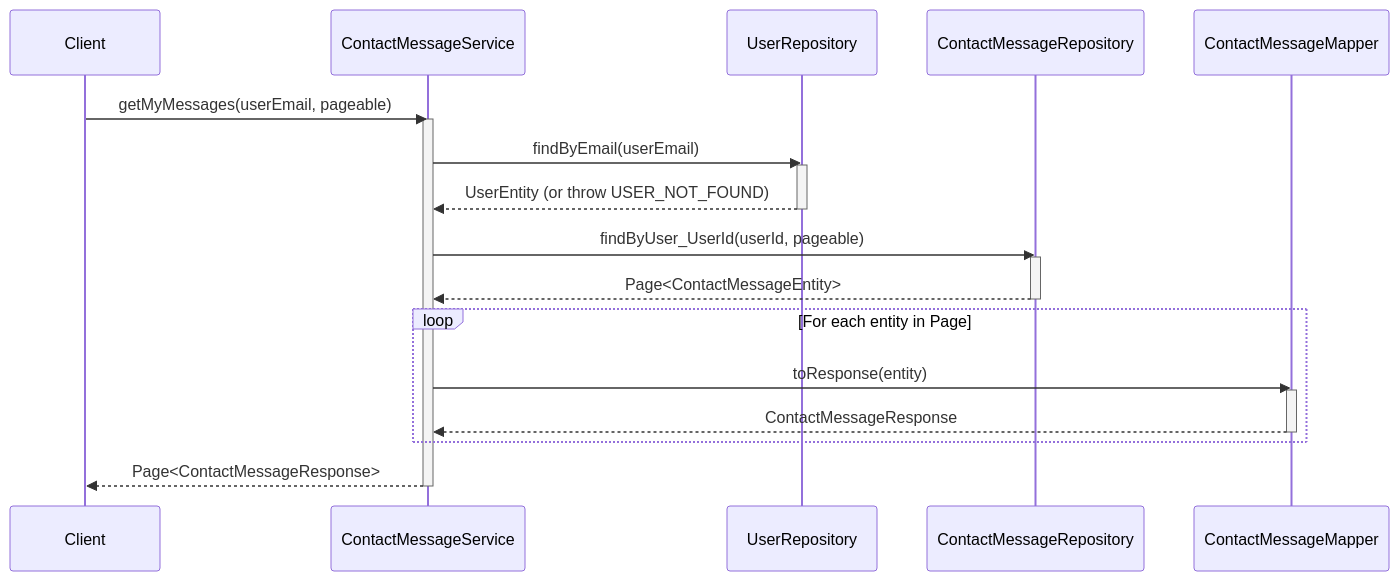
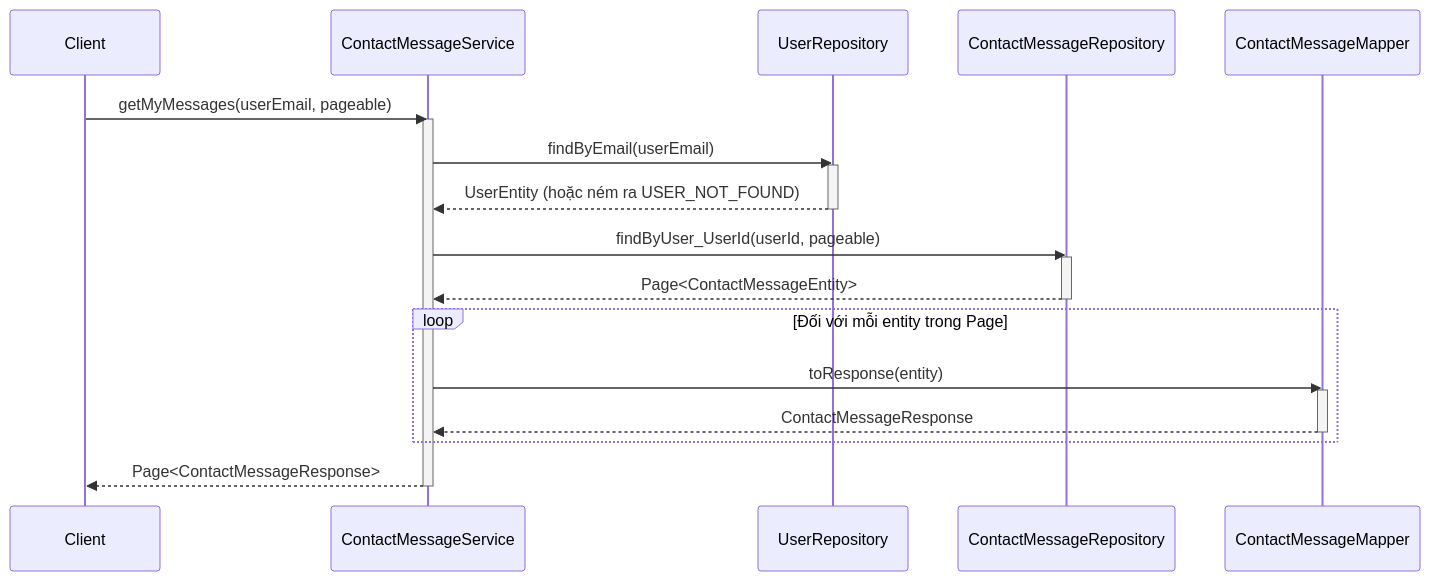
One commit to aquoc09/easymall changed the second of 4 diagrams in .agent/sequence/contact_message_service_sequence_diagrams.md. Above: the diagram before and after it, drawn with Mermaid. The commit also changed other lines of this file and 18 other files, not shown here.

Commit message:
UPDATE: Sequence diagram vietnamese

````diff
--- a/.agent/sequence/contact_message_service_sequence_diagrams.md
+++ b/.agent/sequence/contact_message_service_sequence_diagrams.md
@@ -47,31 +47,31 @@
 ```mermaid
 sequenceDiagram
     participant Client
     participant ContactMessageService
     participant UserRepository
     participant ContactMessageRepository
     participant ContactMessageMapper
 
     Client->>ContactMessageService: getMyMessages(userEmail, pageable)
     activate ContactMessageService
 
     ContactMessageService->>UserRepository: findByEmail(userEmail)
     activate UserRepository
-    UserRepository-->>ContactMessageService: UserEntity (or throw USER_NOT_FOUND)
+    UserRepository-->>ContactMessageService: UserEntity (hoặc ném ra USER_NOT_FOUND)
     deactivate UserRepository
 
     ContactMessageService->>ContactMessageRepository: findByUser_UserId(userId, pageable)
     activate ContactMessageRepository
     ContactMessageRepository-->>ContactMessageService: Page<ContactMessageEntity>
     deactivate ContactMessageRepository
 
-    loop For each entity in Page
+    loop Đối với mỗi entity trong Page
         ContactMessageService->>ContactMessageMapper: toResponse(entity)
         activate ContactMessageMapper
         ContactMessageMapper-->>ContactMessageService: ContactMessageResponse
         deactivate ContactMessageMapper
     end
 
     ContactMessageService-->>Client: Page<ContactMessageResponse>
     deactivate ContactMessageService
 ```
````
